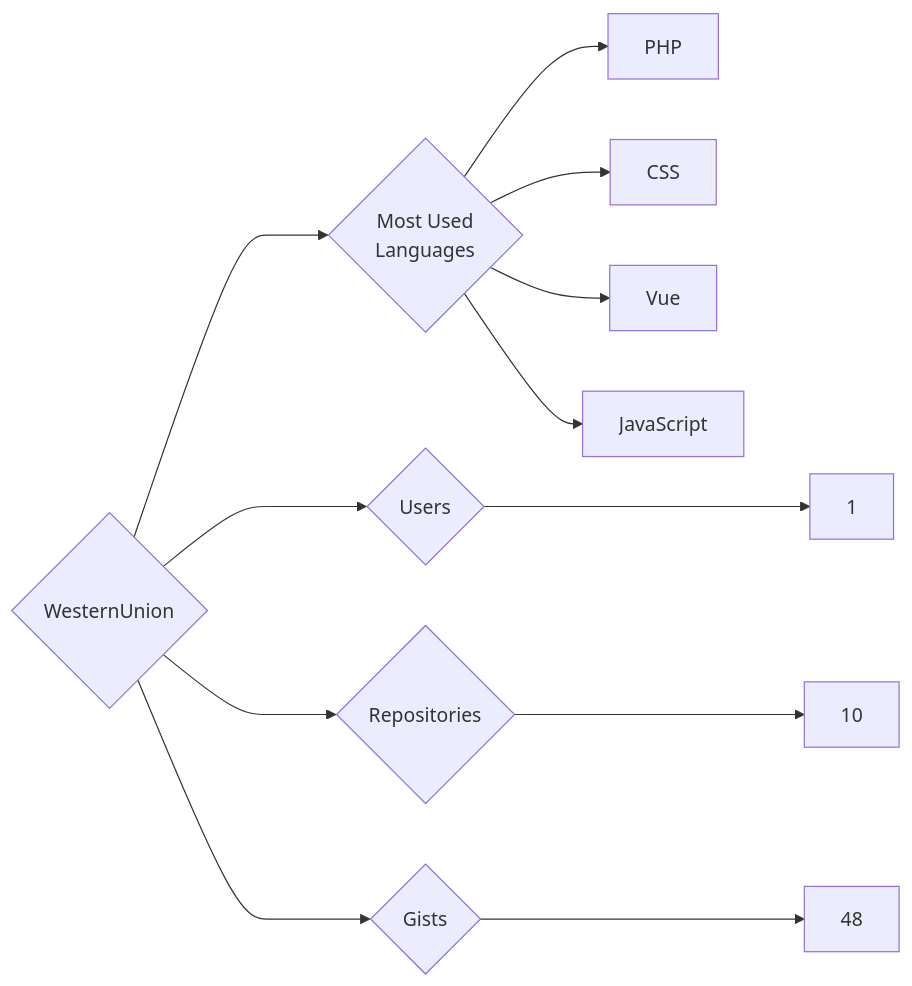
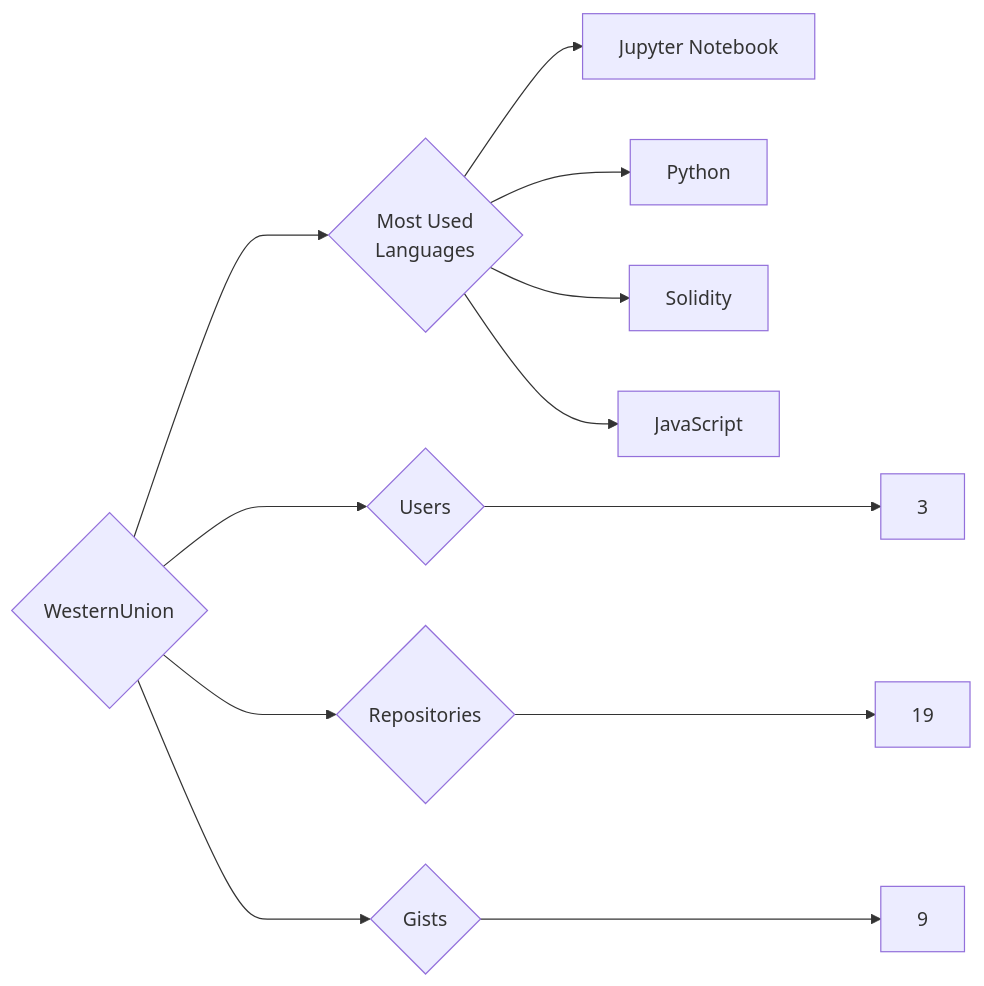
Before and after one commit to trickest/insiders: the diagram in targets/WesternUnion/README.md, drawn with Mermaid. The commit also changed 695 other files, not shown here.

````diff
--- a/targets/WesternUnion/README.md
+++ b/targets/WesternUnion/README.md
@@ -3,12 +3,12 @@
 ```mermaid
 graph LR
 COMPANY_NAME{WesternUnion}
-COMPANY_NAME ---> U{Users} ---> UN[1]
-COMPANY_NAME ---> R{Repositories} ---> RN[10]
-COMPANY_NAME ---> G{Gists} ---> GN[48]
+COMPANY_NAME ---> U{Users} ---> UN[3]
+COMPANY_NAME ---> R{Repositories} ---> RN[19]
+COMPANY_NAME ---> G{Gists} ---> GN[9]
 COMPANY_NAME ---> ML{Most Used<br>Languages}
-ML --> PHP[PHP]
-ML --> CSS[CSS]
-ML --> Vue[Vue]
+ML --> Jupyter_Notebook[Jupyter Notebook]
+ML --> Python[Python]
+ML --> Solidity[Solidity]
 ML --> JavaScript[JavaScript]
 ```
````
